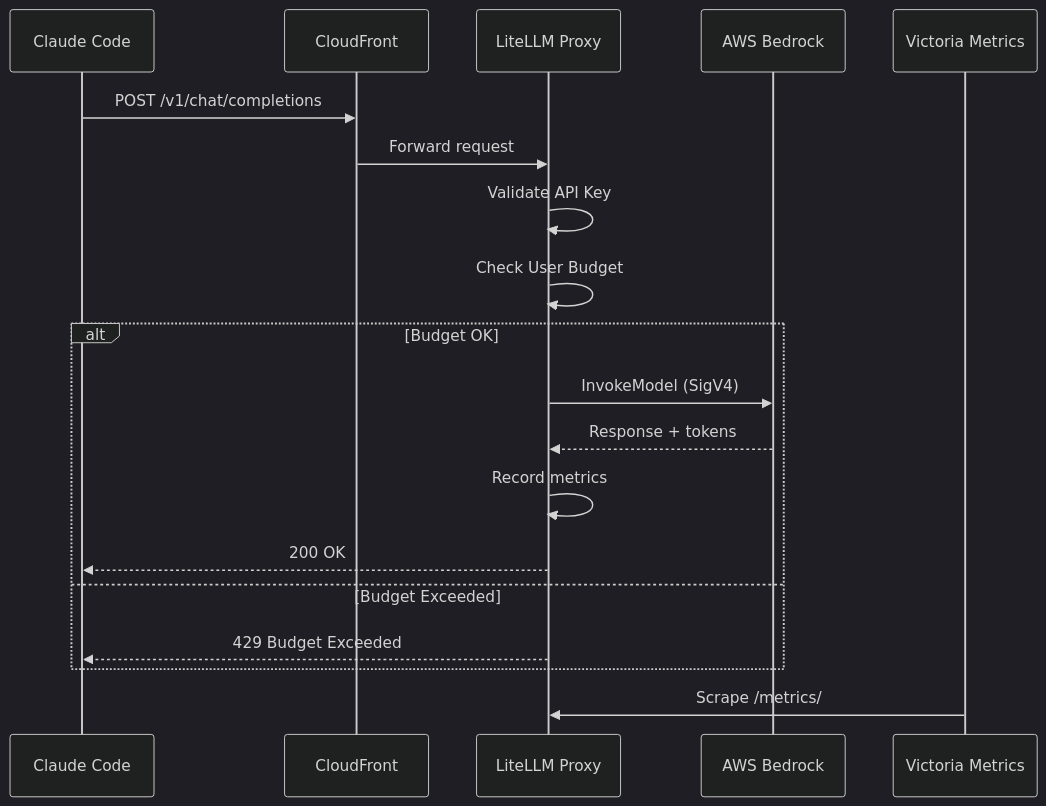
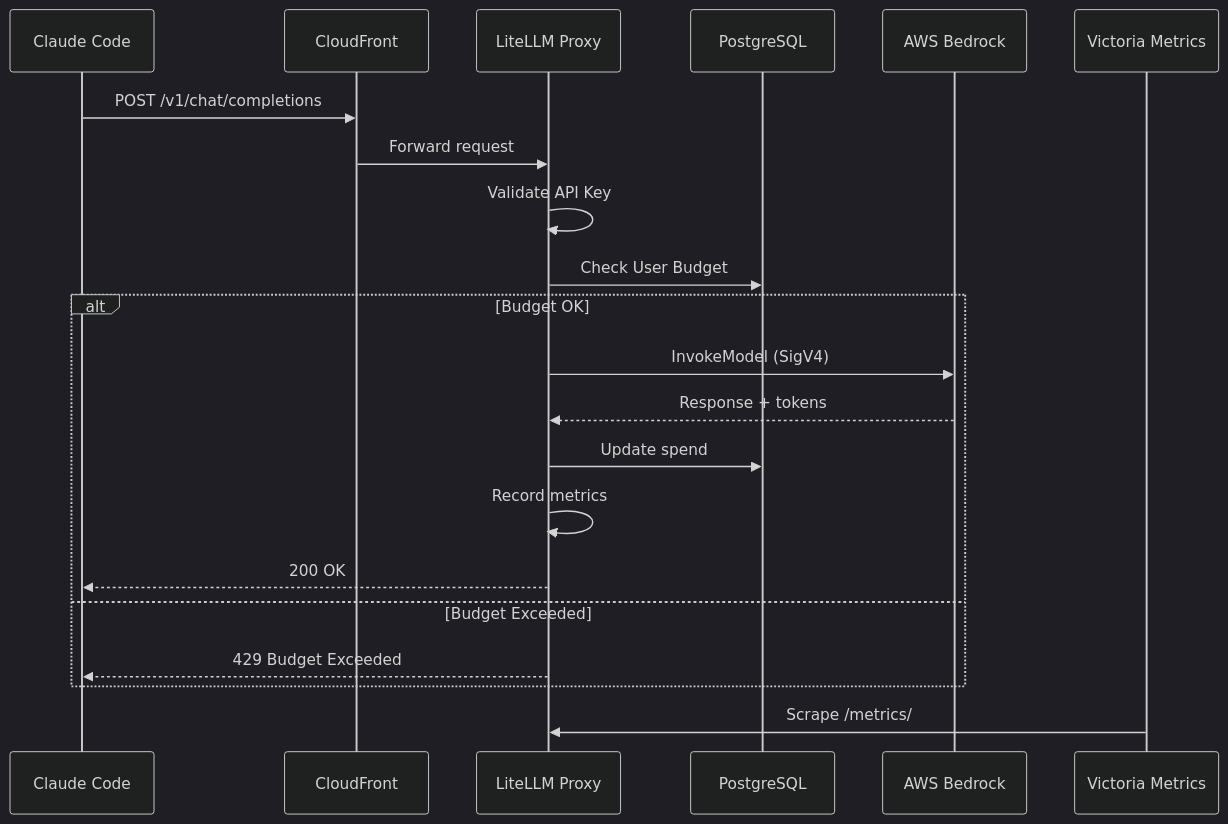
Before and after one commit to lorenzogirardi/gw_llm: the second of 7 diagrams in README.md, drawn with Mermaid (dark theme). The commit also changed other lines of this file and 17 other files, not shown here.

````diff
--- a/README.md
+++ b/README.md
@@ -49,25 +79,27 @@
 ```mermaid
 sequenceDiagram
     participant Client as Claude Code
     participant CF as CloudFront
     participant LiteLLM as LiteLLM Proxy
+    participant PG as PostgreSQL
     participant Bedrock as AWS Bedrock
     participant VM as Victoria Metrics
 
     Client->>CF: POST /v1/chat/completions
     CF->>LiteLLM: Forward request
 
     LiteLLM->>LiteLLM: Validate API Key
-    LiteLLM->>LiteLLM: Check User Budget
+    LiteLLM->>PG: Check User Budget
 
     alt Budget OK
         LiteLLM->>Bedrock: InvokeModel (SigV4)
         Bedrock-->>LiteLLM: Response + tokens
+        LiteLLM->>PG: Update spend
         LiteLLM->>LiteLLM: Record metrics
         LiteLLM-->>Client: 200 OK
     else Budget Exceeded
         LiteLLM-->>Client: 429 Budget Exceeded
     end
 
     VM->>LiteLLM: Scrape /metrics/
 ```
````
